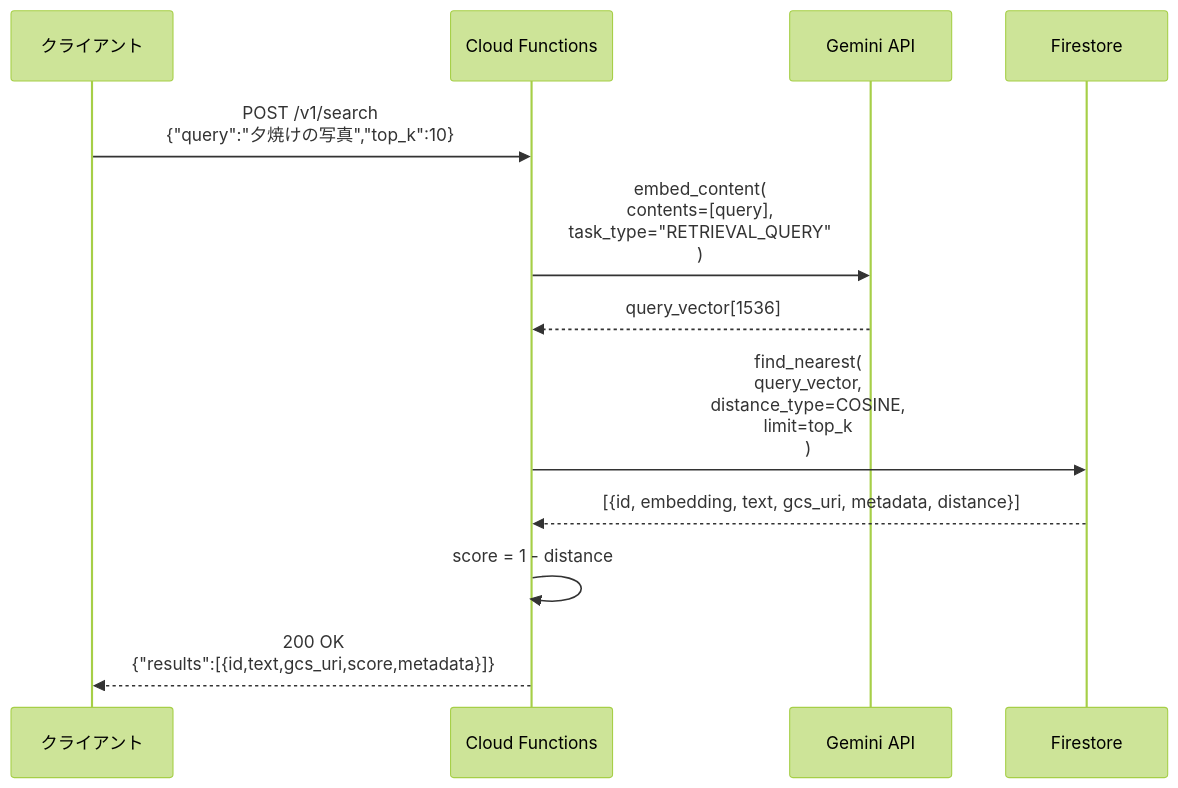
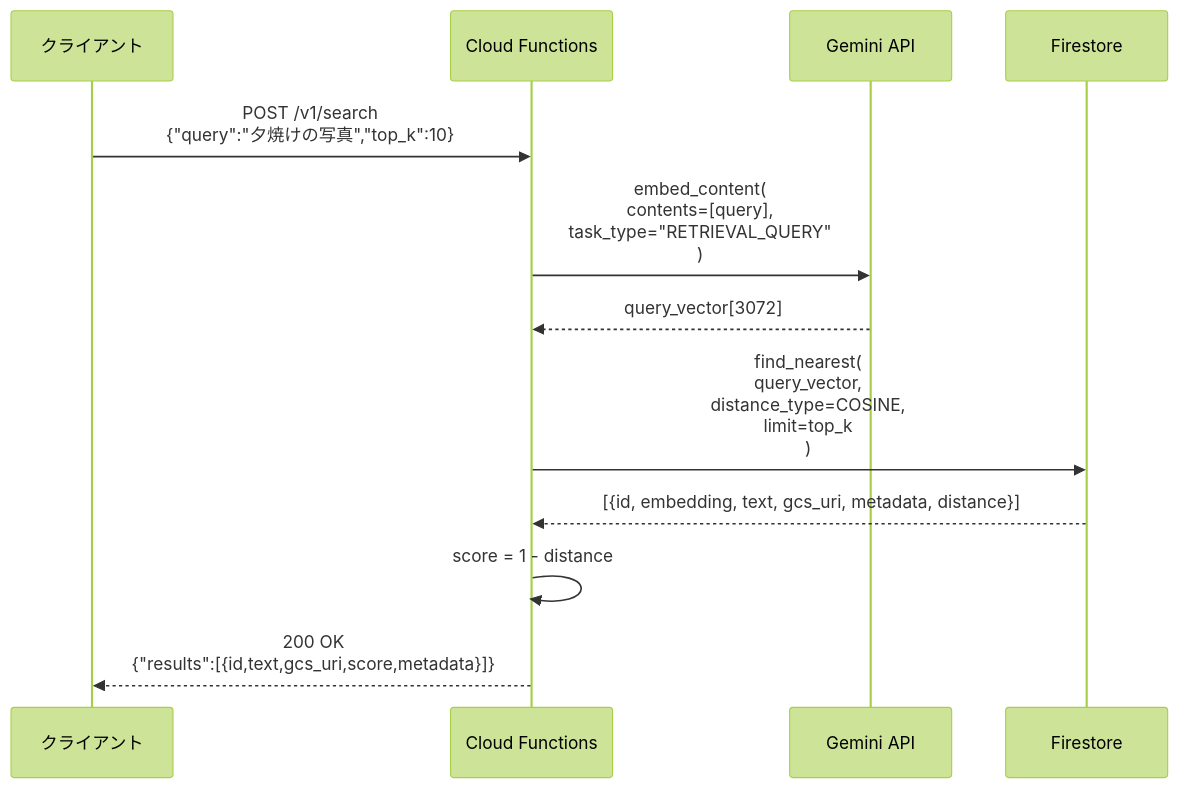
The fourth of 5 diagrams in docs/multimodal-design.md (Riri-Inferno/gcp-serverless-vector-search), drawn with Mermaid (forest theme) before and after one commit. The commit also changed other lines of this file and 4 other files, not shown here.

````diff
--- a/docs/multimodal-design.md
+++ b/docs/multimodal-design.md
@@ -111,15 +111,15 @@
 ```mermaid
 sequenceDiagram
     participant C as クライアント
     participant Fn as Cloud Functions
     participant Gemini as Gemini API
     participant FS as Firestore
 
     C->>Fn: POST /v1/search<br/>{"query":"夕焼けの写真","top_k":10}
     Fn->>Gemini: embed_content(<br/>  contents=[query],<br/>  task_type="RETRIEVAL_QUERY"<br/>)
-    Gemini-->>Fn: query_vector[1536]
+    Gemini-->>Fn: query_vector[3072]
     Fn->>FS: find_nearest(<br/>  query_vector,<br/>  distance_type=COSINE,<br/>  limit=top_k<br/>)
     FS-->>Fn: [{id, embedding, text, gcs_uri, metadata, distance}]
     Fn->>Fn: score = 1 - distance
     Fn-->>C: 200 OK<br/>{"results":[{id,text,gcs_uri,score,metadata}]}
 ```
````
